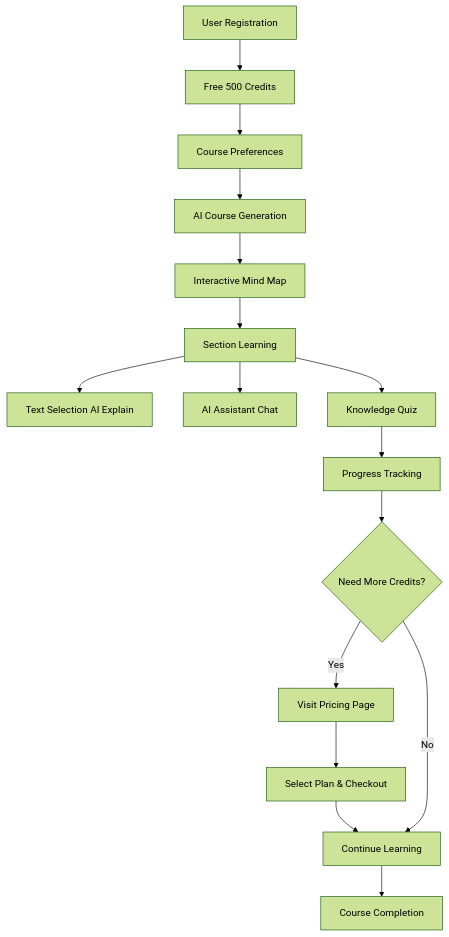
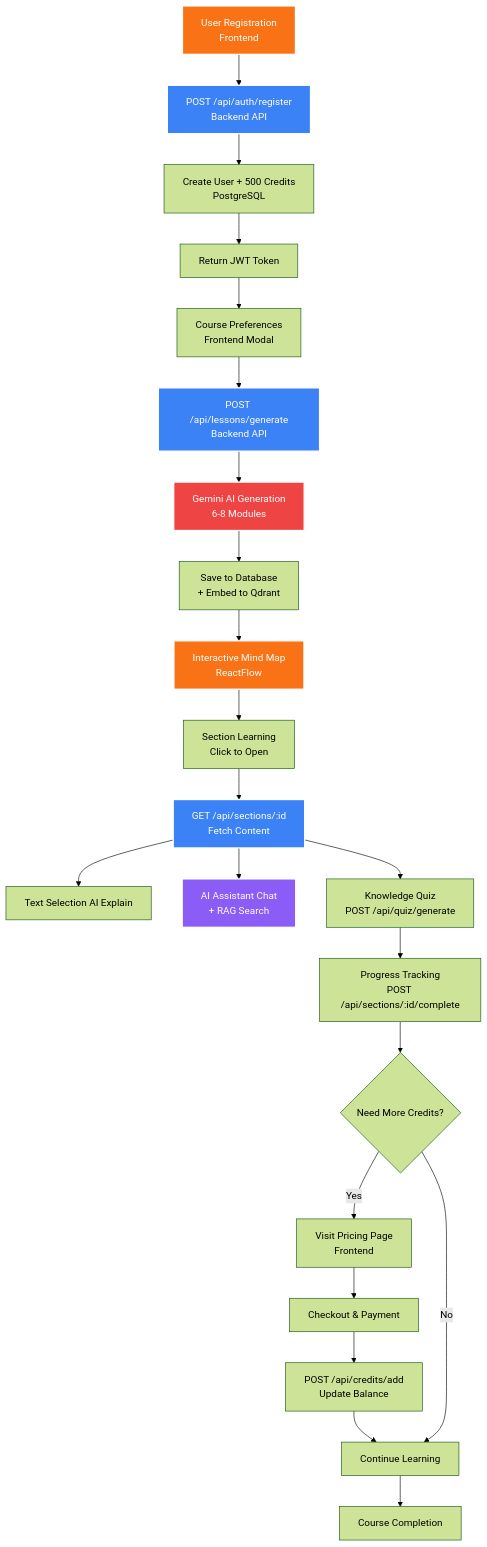
Before and after one commit to cuthanhcam/pulsar-ai-hackathon-2025: the second of 2 diagrams in README.md, drawn with Mermaid (forest theme). The commit also changed other lines of this file and 204 other files, not shown here.

````diff
--- a/README.md
+++ b/README.md
@@ -201,18 +295,32 @@
 ```mermaid
 graph TD
-    A[User Registration] --> B[Free 500 Credits]
-    B --> C[Course Preferences]
-    C --> D[AI Course Generation]
-    D --> E[Interactive Mind Map]
-    E --> F[Section Learning]
-    F --> G[Text Selection AI Explain]
-    F --> H[AI Assistant Chat]
-    F --> I[Knowledge Quiz]
-    I --> J[Progress Tracking]
-    J --> K{Need More Credits?}
-    K -->|Yes| L[Visit Pricing Page]
-    L --> M[Select Plan & Checkout]
-    M --> N[Continue Learning]
-    K -->|No| N
-    N --> O[Course Completion]
+    A[User Registration<br/>Frontend] --> B[POST /api/auth/register<br/>Backend API]
+    B --> C[Create User + 500 Credits<br/>PostgreSQL]
+    C --> D[Return JWT Token]
+    D --> E[Course Preferences<br/>Frontend Modal]
+    E --> F[POST /api/lessons/generate<br/>Backend API]
+    F --> G[Gemini AI Generation<br/>6-8 Modules]
+    G --> H[Save to Database<br/>+ Embed to Qdrant]
+    H --> I[Interactive Mind Map<br/>ReactFlow]
+    I --> J[Section Learning<br/>Click to Open]
+    J --> K[GET /api/sections/:id<br/>Fetch Content]
+    K --> L[Text Selection AI Explain]
+    K --> M[AI Assistant Chat<br/>+ RAG Search]
+    K --> N[Knowledge Quiz<br/>POST /api/quiz/generate]
+    N --> O[Progress Tracking<br/>POST /api/sections/:id/complete]
+    O --> P{Need More Credits?}
+    P -->|Yes| Q[Visit Pricing Page<br/>Frontend]
+    Q --> R[Checkout & Payment]
+    R --> S[POST /api/credits/add<br/>Update Balance]
+    S --> T[Continue Learning]
+    P -->|No| T
+    T --> U[Course Completion]
+    
+    style A fill:#f97316,stroke:#fff,stroke-width:2px,color:#fff
+    style B fill:#3b82f6,stroke:#fff,stroke-width:2px,color:#fff
+    style F fill:#3b82f6,stroke:#fff,stroke-width:2px,color:#fff
+    style G fill:#ef4444,stroke:#fff,stroke-width:2px,color:#fff
+    style I fill:#f97316,stroke:#fff,stroke-width:2px,color:#fff
+    style K fill:#3b82f6,stroke:#fff,stroke-width:2px,color:#fff
+    style M fill:#8b5cf6,stroke:#fff,stroke-width:2px,color:#fff
 ```
````
